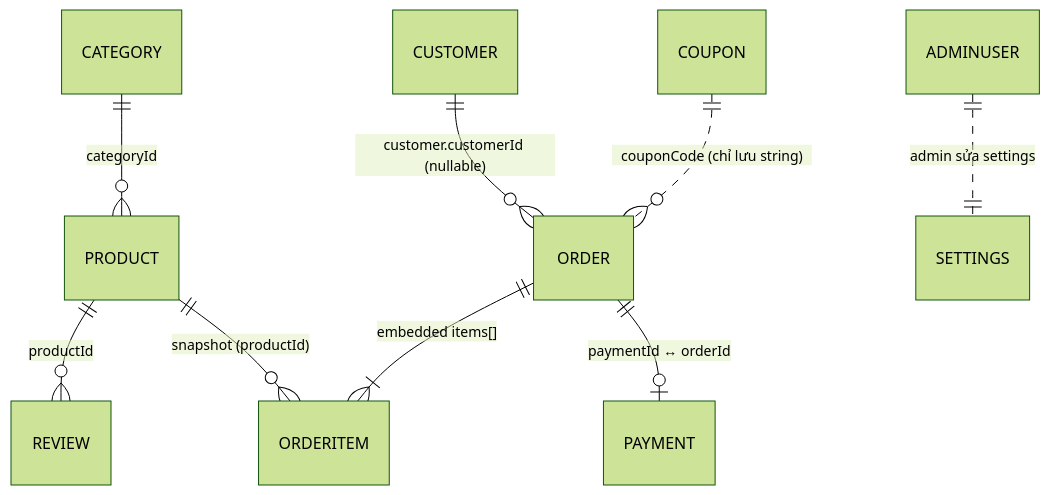
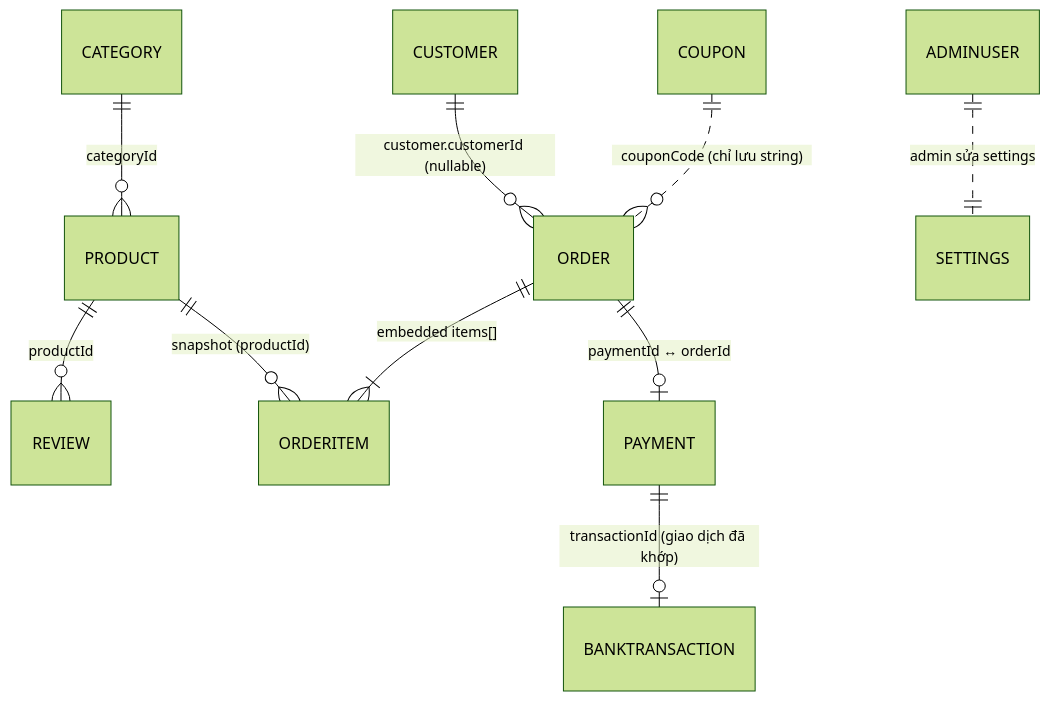
The first of 4 diagrams in TECHNICAL_OVERVIEW.md (sondopin/lylaglass), drawn with Mermaid (forest theme) before and after one commit. The commit also changed other lines of this file and 63 other files, not shown here.

````diff
--- a/TECHNICAL_OVERVIEW.md
+++ b/TECHNICAL_OVERVIEW.md
@@ -132,11 +144,12 @@
 ```mermaid
 erDiagram
     CATEGORY   ||--o{ PRODUCT  : "categoryId"
     PRODUCT    ||--o{ REVIEW   : "productId"
     PRODUCT    ||--o{ ORDERITEM: "snapshot (productId)"
     ORDER      ||--|{ ORDERITEM: "embedded items[]"
     ORDER      ||--o| PAYMENT  : "paymentId ↔ orderId"
+    PAYMENT    ||--o| BANKTRANSACTION : "transactionId (giao dịch đã khớp)"
     CUSTOMER   ||--o{ ORDER    : "customer.customerId (nullable)"
     COUPON     ||..o{ ORDER    : "couponCode (chỉ lưu string)"
     ADMINUSER  ||..|| SETTINGS : "admin sửa settings"
 ```
````
